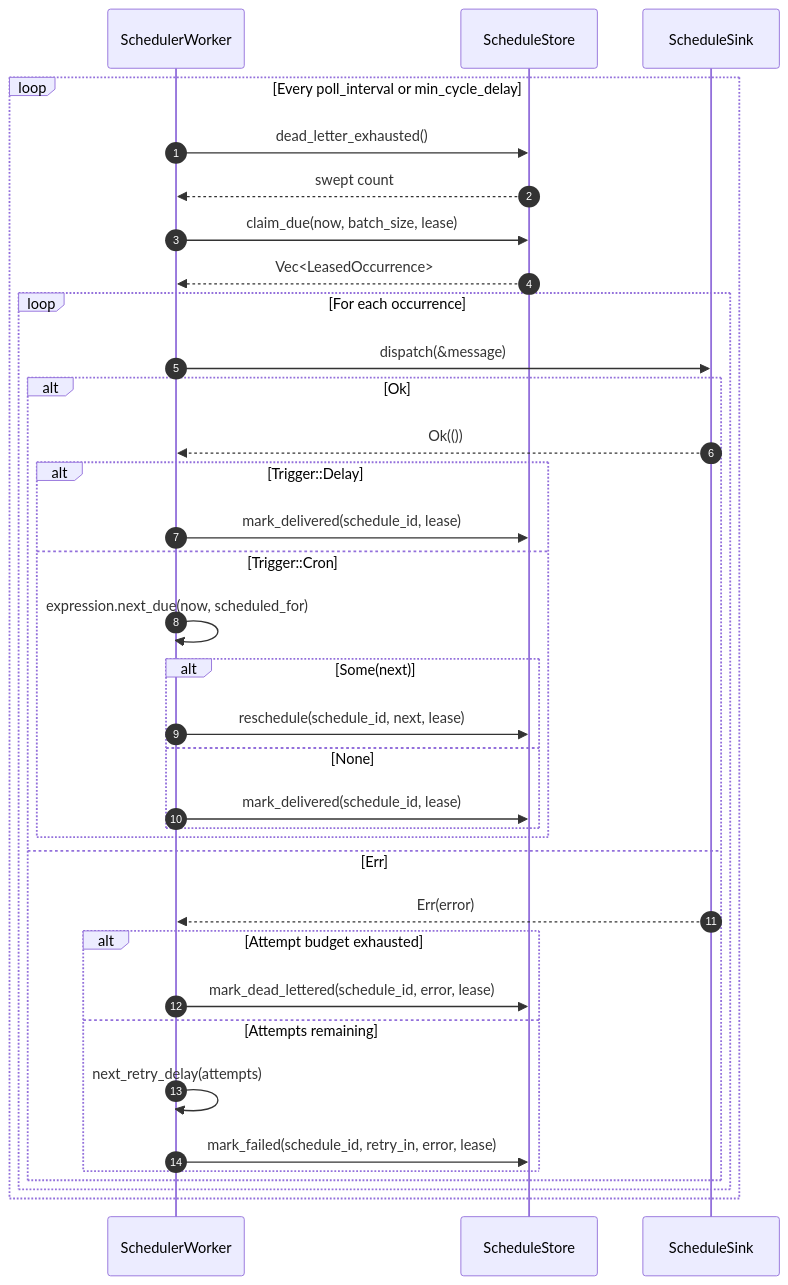
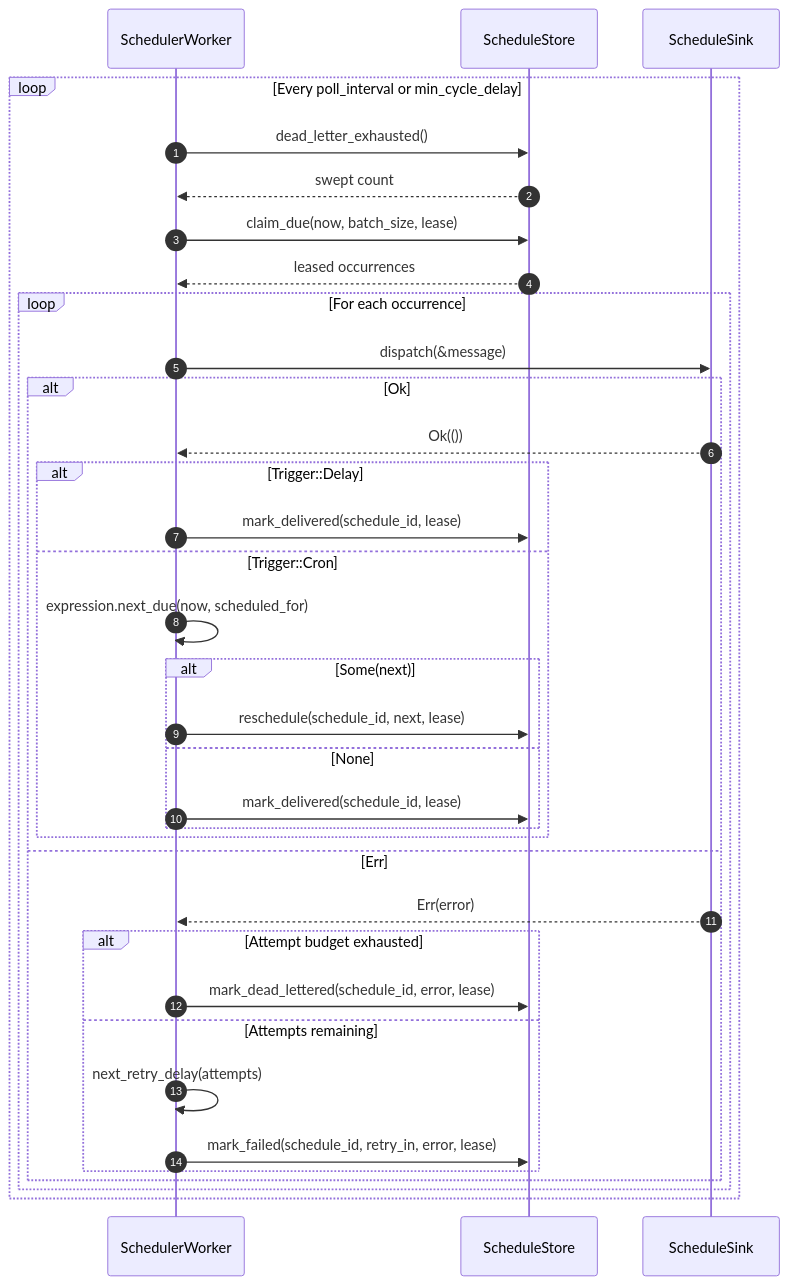
The second of 2 diagrams in docs/architecture/scheduler-flow.md (nubster-opensources/hexeract), drawn with Mermaid before and after one commit. The commit also changed 2 other files, not shown here.

Commit message:
docs: solde les residus de la contre-passe pre-tag v0.6.0
- ajoute la puce Scheduler aux points forts du README (surface livree)
- retire le lien reference Middleware sans definition (rendu litteral)
- reference la roadmap dans l'index de la documentation
- remplace le chevron generique du diagramme mermaid par de la prose
  (le sanitizer HTML strict avalait le type et cassait la validation)

````diff
--- a/docs/architecture/scheduler-flow.md
+++ b/docs/architecture/scheduler-flow.md
@@ -40,38 +40,38 @@
 ```mermaid
 sequenceDiagram
     autonumber
     participant Worker as SchedulerWorker
     participant Store as ScheduleStore
     participant Sink as ScheduleSink
 
     loop Every poll_interval or min_cycle_delay
         Worker->>Store: dead_letter_exhausted()
         Store-->>Worker: swept count
         Worker->>Store: claim_due(now, batch_size, lease)
-        Store-->>Worker: Vec<LeasedOccurrence>
+        Store-->>Worker: leased occurrences
         loop For each occurrence
             Worker->>Sink: dispatch(&message)
             alt Ok
                 Sink-->>Worker: Ok(())
                 alt Trigger::Delay
                     Worker->>Store: mark_delivered(schedule_id, lease)
                 else Trigger::Cron
                     Worker->>Worker: expression.next_due(now, scheduled_for)
                     alt Some(next)
                         Worker->>Store: reschedule(schedule_id, next, lease)
                     else None
                         Worker->>Store: mark_delivered(schedule_id, lease)
                     end
                 end
             else Err
                 Sink-->>Worker: Err(error)
                 alt Attempt budget exhausted
                     Worker->>Store: mark_dead_lettered(schedule_id, error, lease)
                 else Attempts remaining
                     Worker->>Worker: next_retry_delay(attempts)
                     Worker->>Store: mark_failed(schedule_id, retry_in, error, lease)
                 end
             end
         end
     end
 ```
````
